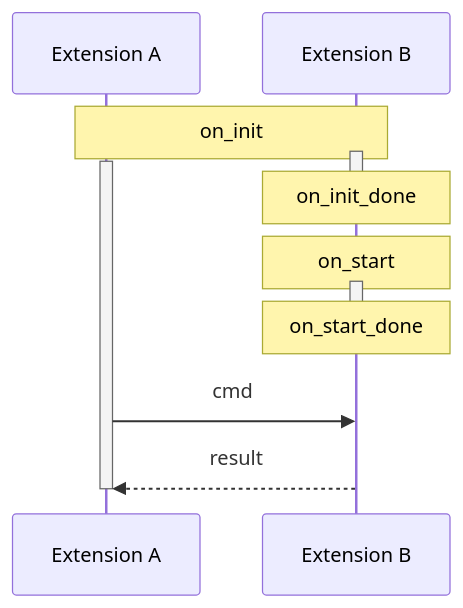
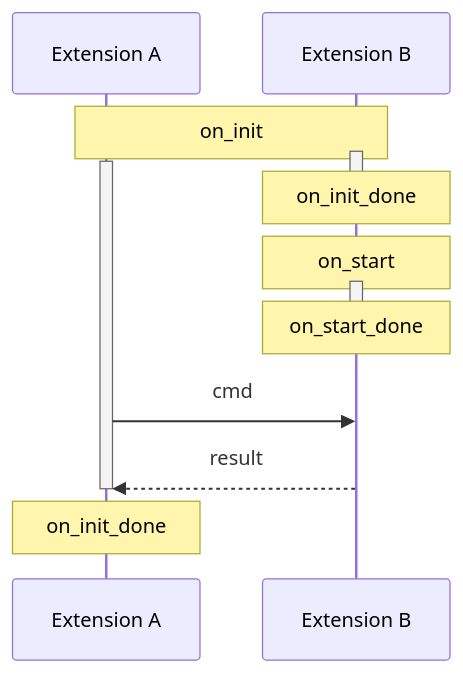
The second of 2 diagrams in group-1/page-6.md (john-gitbook/uploading), drawn with Mermaid before and after one commit.

````diff
--- a/group-1/page-6.md
+++ b/group-1/page-6.md
@@ -24,21 +24,22 @@
 ```mermaid
 sequenceDiagram
   participant A as Extension A
   participant B as Extension B
 
   Note over A,B: on_init
   activate A
   activate B
   deactivate B
   Note over B: on_init_done
 
   Note over B: on_start
   activate B
   deactivate B
   Note over B: on_start_done
 
   A->>B: cmd
   B-->>A: result
 
   deactivate A
+  Note over A: on_init_done
 ```
````
